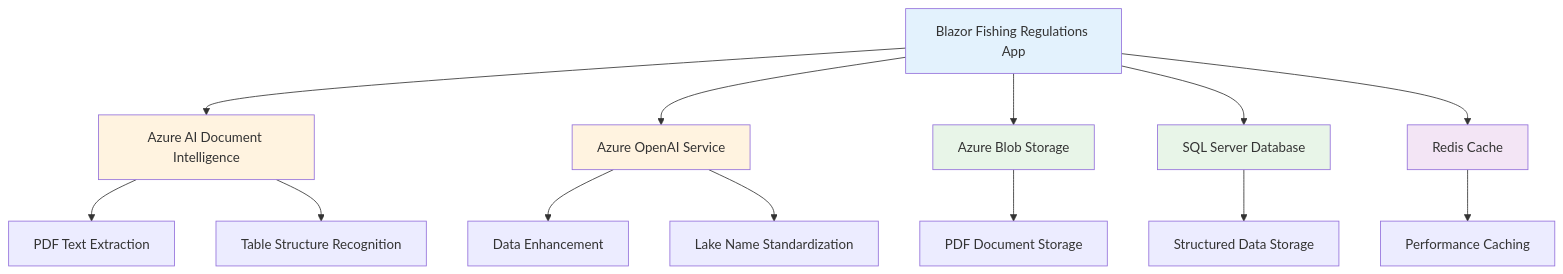
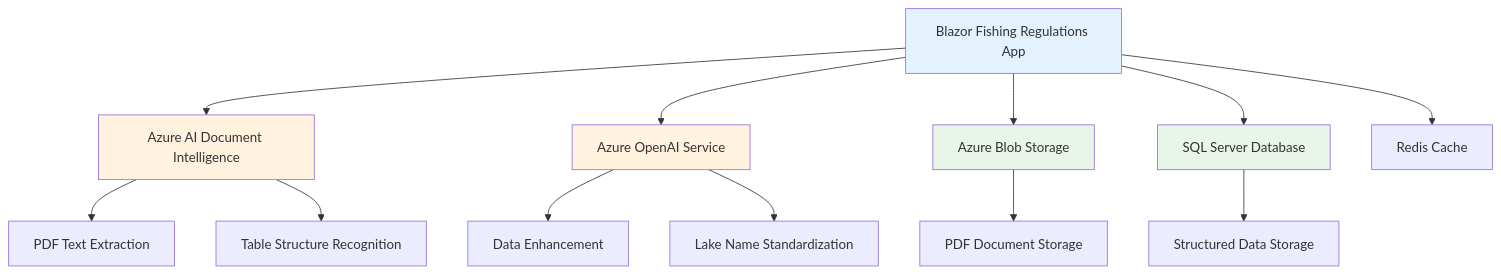
The ninth of 13 diagrams in docs/Process-Flow-Documentation.md (rockfordlhotka/BlazorFishingRegs), drawn with Mermaid before and after one commit. The commit also changed other lines of this file and 26 other files, not shown here.

````diff
--- a/docs/Process-Flow-Documentation.md
+++ b/docs/Process-Flow-Documentation.md
@@ -229,23 +218,21 @@
 ```mermaid
 graph TD
     A[Blazor Fishing Regulations App] --> B[Azure AI Document Intelligence]
     A --> C[Azure OpenAI Service]
     A --> D[Azure Blob Storage]
     A --> E[SQL Server Database]
     A --> F[Redis Cache]
     
     B --> G[PDF Text Extraction]
     B --> H[Table Structure Recognition]
     C --> I[Data Enhancement]
     C --> J[Lake Name Standardization]
     D --> K[PDF Document Storage]
     E --> L[Structured Data Storage]
-    F --> M[Performance Caching]
     
     style A fill:#e3f2fd
     style B fill:#fff3e0
     style C fill:#fff3e0
     style D fill:#e8f5e8
     style E fill:#e8f5e8
-    style F fill:#f3e5f5
 ```
````
